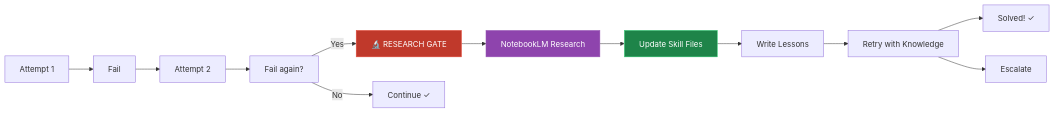
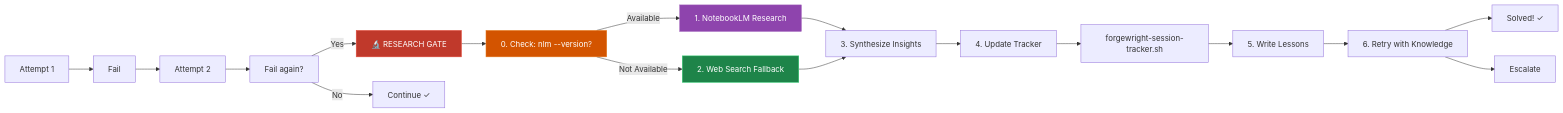
One commit to buiphucminhtam/forgewright changed the third of 4 diagrams in README.md. Above: the diagram before and after it, drawn with Mermaid. The commit also changed other lines of this file, not shown here.

````diff
--- a/README.md
+++ b/README.md
@@ -382,19 +419,26 @@
 ```mermaid
 flowchart LR
     A1["Attempt 1"] --> F1["Fail"]
     F1 --> A2["Attempt 2"]
     A2 --> F2["Fail again?"]
     F2 -->|"Yes"| GATE["🔬 RESEARCH GATE"]
     F2 -->|"No"| CONT["Continue ✓"]
-    
-    GATE --> R["NotebookLM Research"]
-    R --> U["Update Skill Files"]
-    U --> L["Write Lessons"]
-    L --> RT["Retry with Knowledge"]
+
+    GATE --> CHECK["0. Check: nlm --version?"]
+    CHECK -->|Available| NLM["1. NotebookLM Research"]
+    CHECK -->|Not Available| WEB["2. Web Search Fallback"]
+
+    NLM --> SYN["3. Synthesize Insights"]
+    WEB --> SYN
+    SYN --> U["4. Update Tracker"]
+    U --> TRACK["forgewright-session-tracker.sh"]
+    TRACK --> L["5. Write Lessons"]
+    L --> RT["6. Retry with Knowledge"]
     RT --> WIN["Solved! ✓"]
     RT --> ESC["Escalate"]
-    
+
     style GATE fill:#c0392b,stroke:#e74c3c,color:#fff
-    style R fill:#8e44ad,stroke:#9b59b6,color:#fff
-    style U fill:#1e8449,stroke:#2ecc71,color:#fff
+    style NLM fill:#8e44ad,stroke:#9b59b6,color:#fff
+    style WEB fill:#1e8449,stroke:#2ecc71,color:#fff
+    style CHECK fill:#d35400,stroke:#e67e22,color:#fff
 ```
````
